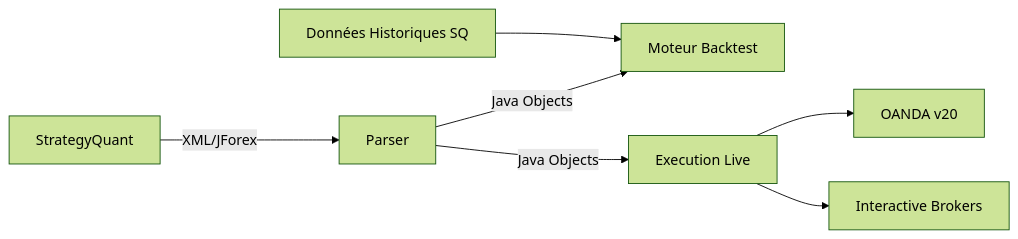
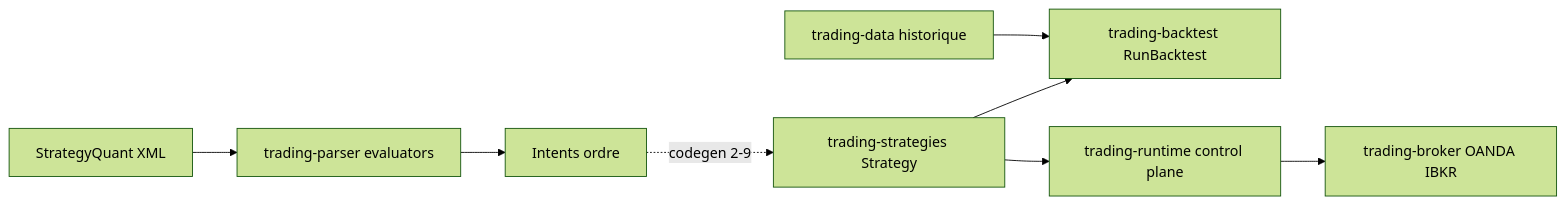
The first of 2 diagrams in docs/README.md (martinfou/trading-bridge), drawn with Mermaid (forest theme) before and after one commit. The commit also changed other lines of this file and 9 other files, not shown here.

````diff
--- a/docs/README.md
+++ b/docs/README.md
@@ -10,9 +39,16 @@
 ```mermaid
 flowchart LR
-    SQ[StrategyQuant] -->|XML/JForex| Parser
-    Parser -->|Java Objects| Backtest[Moteur Backtest]
-    Parser -->|Java Objects| Live[Execution Live]
-    Live --> OANDA[OANDA v20]
-    Live --> IBKR[Interactive Brokers]
-    Data[Données Historiques SQ] --> Backtest
+    SQ[StrategyQuant XML]
+    PARSER[trading-parser evaluators]
+    INT[Intents ordre]
+    STRAT[trading-strategies Strategy]
+    BT[trading-backtest RunBacktest]
+    RT[trading-runtime control plane]
+    BRK[trading-broker OANDA IBKR]
+
+    SQ --> PARSER --> INT
+    INT -.->|codegen 2-9| STRAT
+    STRAT --> BT
+    STRAT --> RT --> BRK
+    DATA[trading-data historique] --> BT
 ```
````
